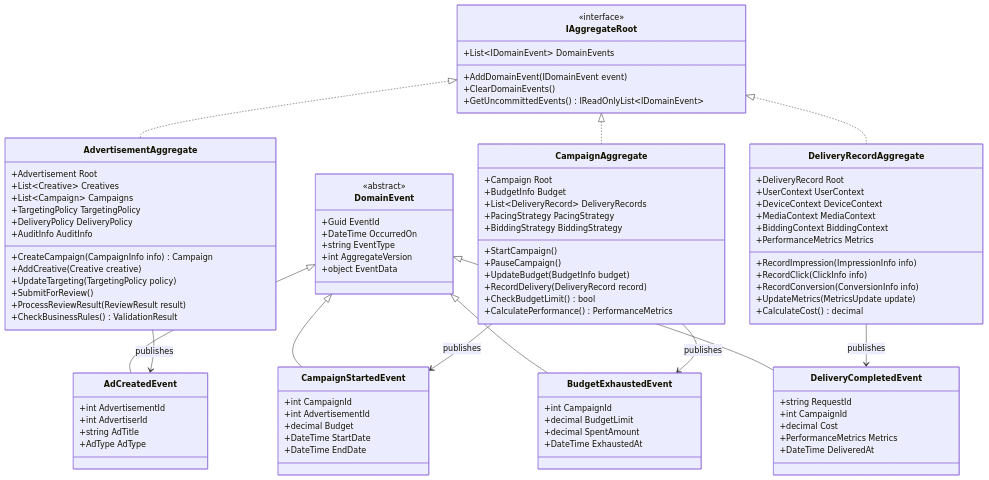
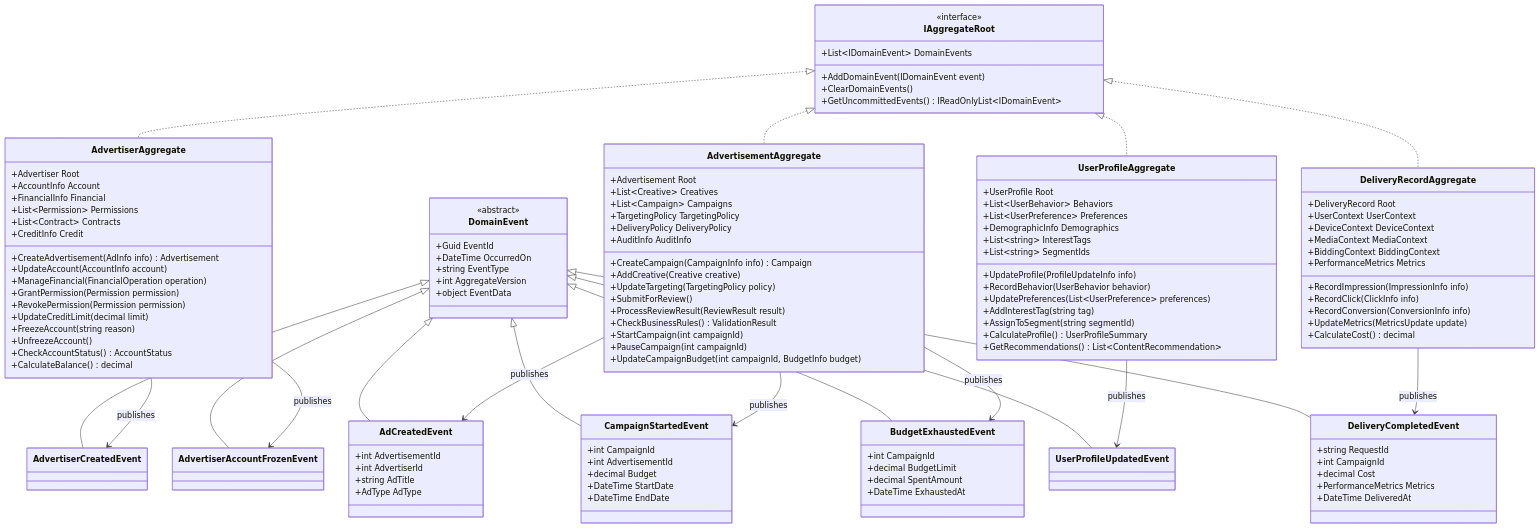
One commit to lornshrimp/Lorn.ADSP changed the fourth of 10 diagrams in docs_TecDesign/广告投放引擎/数据模型分层设计.md. Above: the diagram before and after it, drawn with Mermaid. The commit also changed other lines of this file and 60 other files, not shown here.

````diff
--- a/docs_TecDesign/广告投放引擎/数据模型分层设计.md
+++ b/docs_TecDesign/广告投放引擎/数据模型分层设计.md
@@ -563,6 +569,25 @@
         +AddDomainEvent(IDomainEvent event)
         +ClearDomainEvents()
         +GetUncommittedEvents() IReadOnlyList~IDomainEvent~
+    }
+    
+    class AdvertiserAggregate {
+        +Advertiser Root
+        +AccountInfo Account
+        +FinancialInfo Financial
+        +List~Permission~ Permissions
+        +List~Contract~ Contracts
+        +CreditInfo Credit
+        +CreateAdvertisement(AdInfo info) Advertisement
+        +UpdateAccount(AccountInfo account)
+        +ManageFinancial(FinancialOperation operation)
+        +GrantPermission(Permission permission)
+        +RevokePermission(Permission permission)
+        +UpdateCreditLimit(decimal limit)
+        +FreezeAccount(string reason)
+        +UnfreezeAccount()
+        +CheckAccountStatus() AccountStatus
+        +CalculateBalance() decimal
     }
     
     class AdvertisementAggregate {
@@ -578,20 +603,25 @@
         +SubmitForReview()
         +ProcessReviewResult(ReviewResult result)
         +CheckBusinessRules() ValidationResult
+        +StartCampaign(int campaignId)
+        +PauseCampaign(int campaignId)
+        +UpdateCampaignBudget(int campaignId, BudgetInfo budget)
     }
     
-    class CampaignAggregate {
-        +Campaign Root
-        +BudgetInfo Budget
-        +List~DeliveryRecord~ DeliveryRecords
-        +PacingStrategy PacingStrategy
-        +BiddingStrategy BiddingStrategy
-        +StartCampaign()
-        +PauseCampaign()
-        +UpdateBudget(BudgetInfo budget)
-        +RecordDelivery(DeliveryRecord record)
-        +CheckBudgetLimit() bool
-        +CalculatePerformance() PerformanceMetrics
+    class UserProfileAggregate {
+        +UserProfile Root
+        +List~UserBehavior~ Behaviors
+        +List~UserPreference~ Preferences
+        +DemographicInfo Demographics
+        +List~string~ InterestTags
+        +List~string~ SegmentIds
+        +UpdateProfile(ProfileUpdateInfo info)
+        +RecordBehavior(UserBehavior behavior)
+        +UpdatePreferences(List~UserPreference~ preferences)
+        +AddInterestTag(string tag)
+        +AssignToSegment(string segmentId)
+        +CalculateProfile() UserProfileSummary
+        +GetRecommendations() List~ContentRecommendation~
     }
     
     class DeliveryRecordAggregate {
@@ -647,17 +677,24 @@
         +DateTime ExhaustedAt
     }
     
+    IAggregateRoot <|.. AdvertiserAggregate
     IAggregateRoot <|.. AdvertisementAggregate
-    IAggregateRoot <|.. CampaignAggregate
+    IAggregateRoot <|.. UserProfileAggregate
     IAggregateRoot <|.. DeliveryRecordAggregate
     
+    DomainEvent <|-- AdvertiserCreatedEvent
+    DomainEvent <|-- AdvertiserAccountFrozenEvent
     DomainEvent <|-- AdCreatedEvent
     DomainEvent <|-- CampaignStartedEvent
     DomainEvent <|-- DeliveryCompletedEvent
     DomainEvent <|-- BudgetExhaustedEvent
+    DomainEvent <|-- UserProfileUpdatedEvent
     
+    AdvertiserAggregate --> AdvertiserCreatedEvent : publishes
+    AdvertiserAggregate --> AdvertiserAccountFrozenEvent : publishes
     AdvertisementAggregate --> AdCreatedEvent : publishes
-    CampaignAggregate --> CampaignStartedEvent : publishes
-    CampaignAggregate --> BudgetExhaustedEvent : publishes
+    AdvertisementAggregate --> CampaignStartedEvent : publishes
+    AdvertisementAggregate --> BudgetExhaustedEvent : publishes
+    UserProfileAggregate --> UserProfileUpdatedEvent : publishes
     DeliveryRecordAggregate --> DeliveryCompletedEvent : publishes
 ```
````
